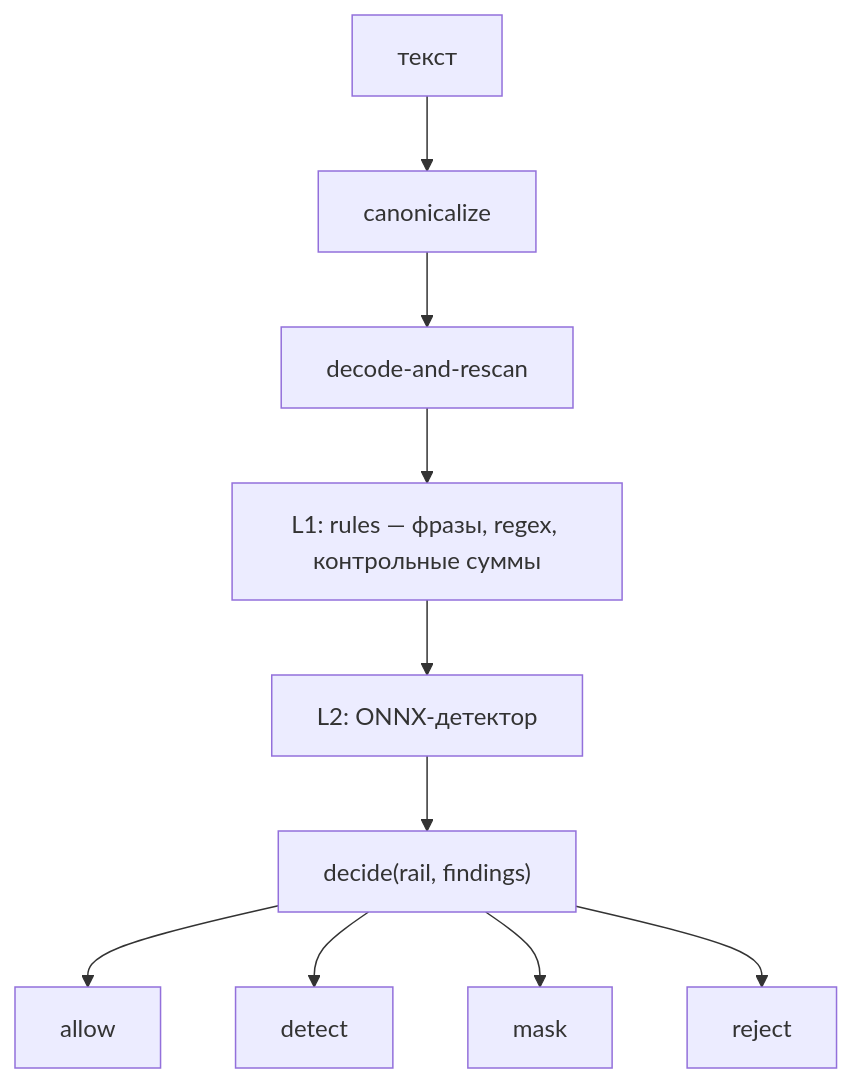
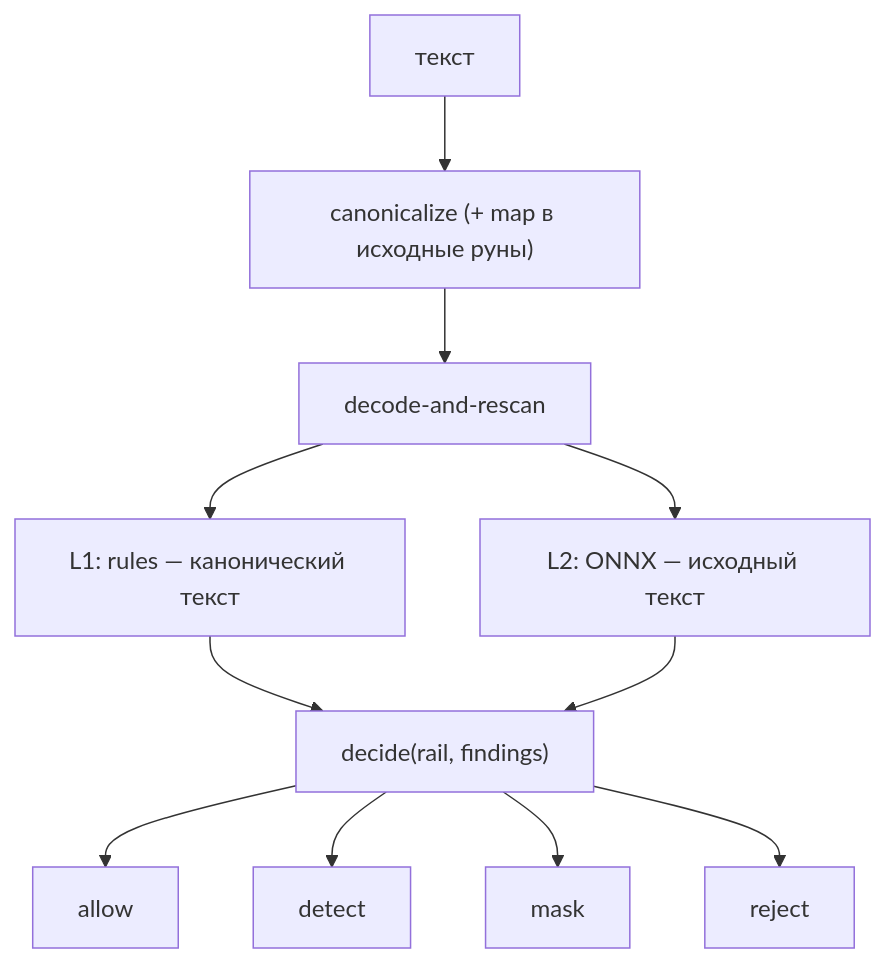
The first of 2 diagrams in docs/concepts/guardrails.md (KirillYuzh/Gobellim), drawn with Mermaid before and after one commit. The commit also changed other lines of this file and 23 other files, not shown here.

````diff
--- a/docs/concepts/guardrails.md
+++ b/docs/concepts/guardrails.md
@@ -39,12 +39,13 @@
 ```mermaid
 flowchart TD
-    T["текст"] --> CAN["canonicalize"]
+    T["текст"] --> CAN["canonicalize (+ map в исходные руны)"]
     CAN --> DEC["decode-and-rescan"]
-    DEC --> L1["L1: rules — фразы, regex, контрольные суммы"]
-    L1 --> L2["L2: ONNX-детектор"]
-    L2 --> DECIDE["decide(rail, findings)"]
+    DEC --> L1["L1: rules — канонический текст"]
+    DEC --> L2["L2: ONNX — исходный текст"]
+    L1 --> DECIDE["decide(rail, findings)"]
+    L2 --> DECIDE
     DECIDE --> D1["allow"]
     DECIDE --> D2["detect"]
     DECIDE --> D3["mask"]
     DECIDE --> D4["reject"]
 ```
````
